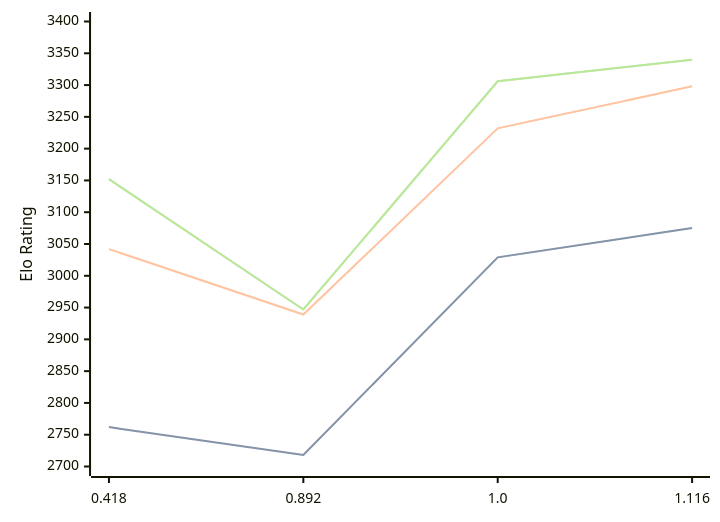
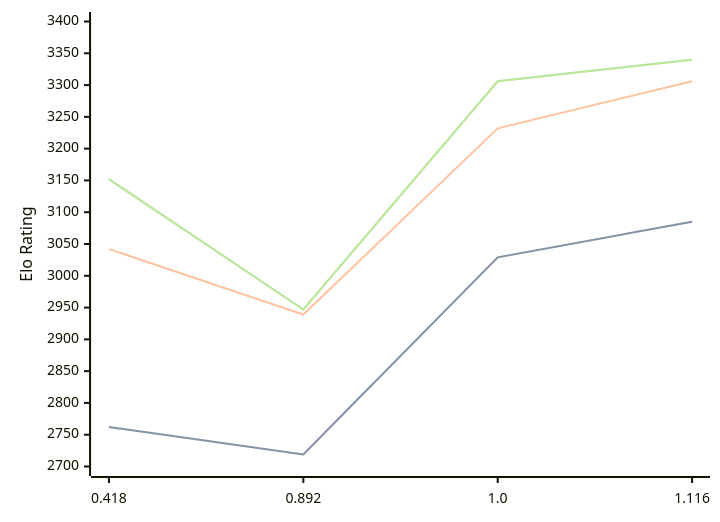
Before and after one commit to computer-chess-index/cci: the diagram in engines/Malika.md, drawn with Mermaid. The commit also changed other lines of this file, not shown here.

````diff
--- a/engines/Malika.md
+++ b/engines/Malika.md
@@ -34,11 +34,11 @@
 ```mermaid
 %%{init: {"theme":"base","themeVariables":{"seriesColors:['#a3a3a3','#222221','#faa371']}}}%%
 xychart-beta
   x-axis ["0.418", "0.892", "1.0", "1.116"]
   y-axis "Elo Rating" 2700 --> 3400
-  line "STC (8.0+0.08s)" [2762, 2718, 3029, 3075]
-  line "STC (8.0+0.08s)" [2762, 2718, 3029, 3075]
-  line "LTC (60.0+0.60s)" [3042, 2939, 3232, 3298]
+  line "STC (8.0+0.08s)" [2762, 2719, 3029, 3085]
+  line "STC (8.0+0.08s)" [2762, 2719, 3029, 3085]
+  line "LTC (60.0+0.60s)" [3042, 2939, 3232, 3306]
   line "VLTC (2m24s+1.12s)" [3152, 2947, 3306, 3340]
   line "VLTC (2m24s+1.12s)" [3152, 2947, 3306, 3340]
 ```
````
